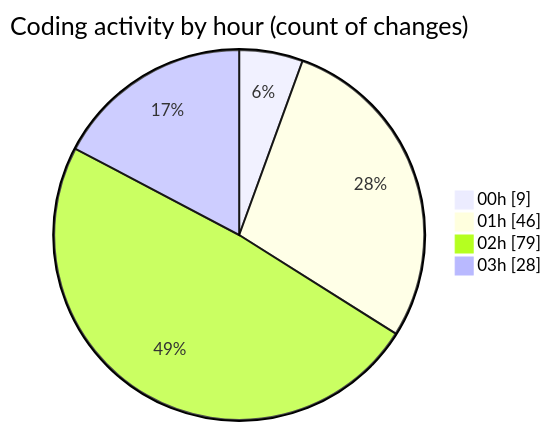
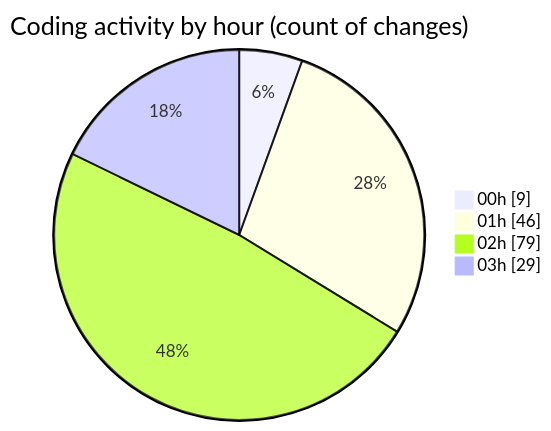
One commit to julien-gomy/code-tracking changed the second of 2 diagrams in 2025-11-18/eventscop-frontend-guide__workspace_/README.md. Above: the diagram before and after it, drawn with Mermaid. The commit also changed other lines of this file and 1 other file, not shown here.

````diff
--- a/2025-11-18/eventscop-frontend-guide__workspace_/README.md
+++ b/2025-11-18/eventscop-frontend-guide__workspace_/README.md
@@ -66,8 +67,8 @@
 ```mermaid
 pie showData
 title Coding activity by hour (count of changes)
 "00h" : 9
 "01h" : 46
 "02h" : 79
-"03h" : 28
+"03h" : 29
 ```
````
